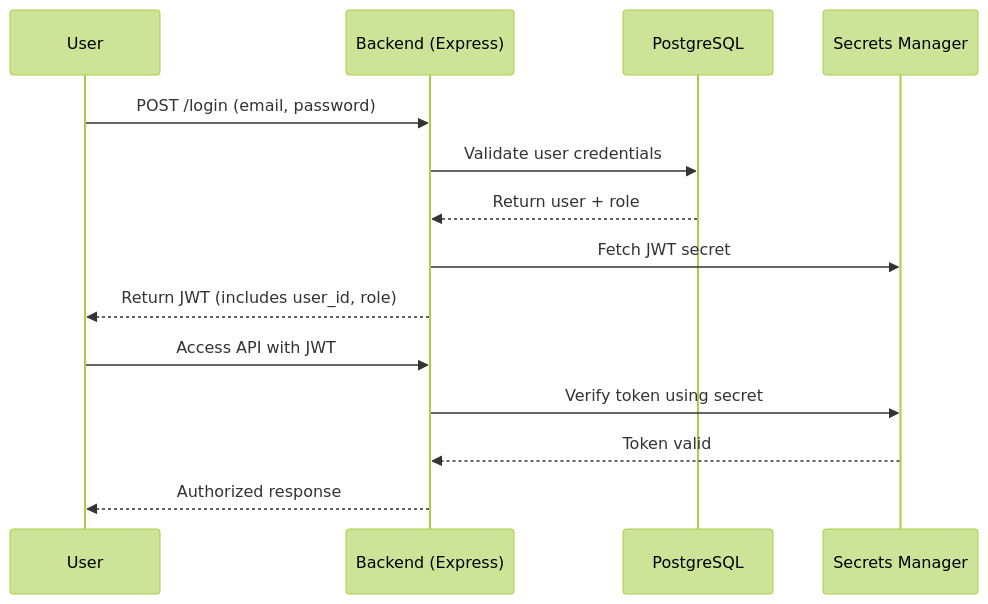
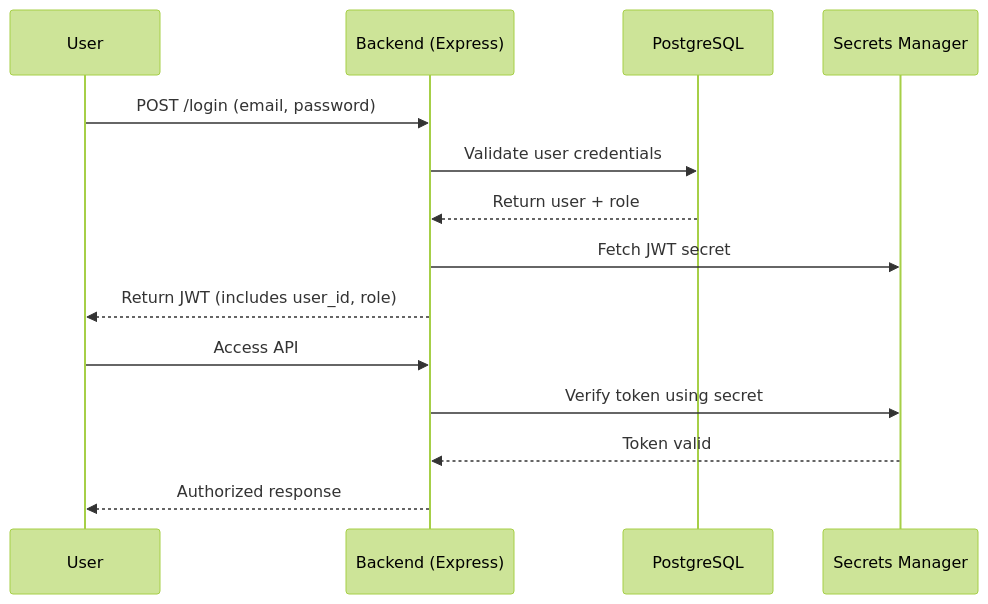
One commit to kunalgkmit/phase0-project-documentation changed the second of 2 diagrams in docs/technical.md. Above: the diagram before and after it, drawn with Mermaid (forest theme). The commit also changed other lines of this file and 6 other files, not shown here.

````diff
--- a/docs/technical.md
+++ b/docs/technical.md
@@ -56,18 +55,18 @@
 ```mermaid
 sequenceDiagram
     participant U as User
     participant B as Backend (Express)
     participant DB as PostgreSQL
     participant SM as Secrets Manager
 
     U->>B: POST /login (email, password)
     B->>DB: Validate user credentials
     DB-->>B: Return user + role
     B->>SM: Fetch JWT secret
     B-->>U: Return JWT (includes user_id, role)
-    U->>B: Access API with JWT
+    U->>B: Access API
     B->>SM: Verify token using secret
     SM-->>B: Token valid
     B-->>U: Authorized response
 
 ```
````
